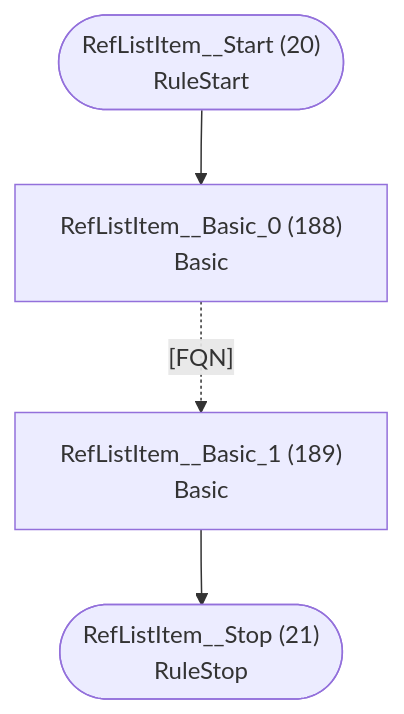
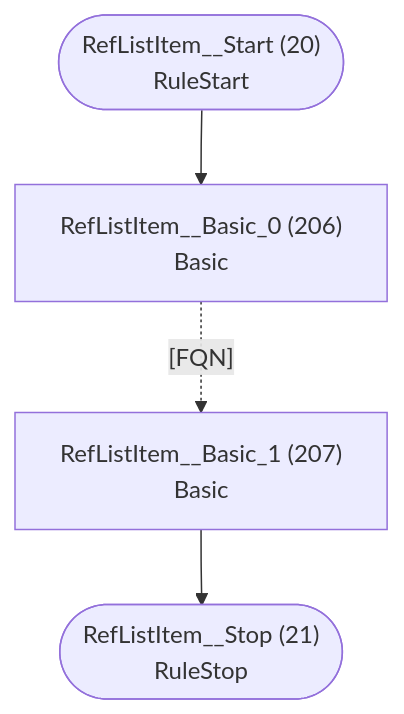
One commit to TypeFox/fastbelt changed diagram 11 of 46 in internal/languages/completion/atn.md. Above: the diagram before and after it, drawn with Mermaid. The commit also changed other lines of this file and 41 other files, not shown here.

````diff
--- a/internal/languages/completion/atn.md
+++ b/internal/languages/completion/atn.md
@@ -348,11 +368,11 @@
 ```mermaid
 flowchart TD
     q20(["RefListItem__Start (20)<br/>RuleStart"])
     q21(["RefListItem__Stop (21)<br/>RuleStop"])
-    q188["RefListItem__Basic_0 (188)<br/>Basic<br/>"]
-    q189["RefListItem__Basic_1 (189)<br/>Basic<br/>"]
+    q206["RefListItem__Basic_0 (206)<br/>Basic<br/>"]
+    q207["RefListItem__Basic_1 (207)<br/>Basic<br/>"]
 
-    q20 --> q188
-    q188 -.->|"[FQN]"| q189
-    q189 --> q21
+    q20 --> q206
+    q206 -.->|"[FQN]"| q207
+    q207 --> q21
 ```
````
